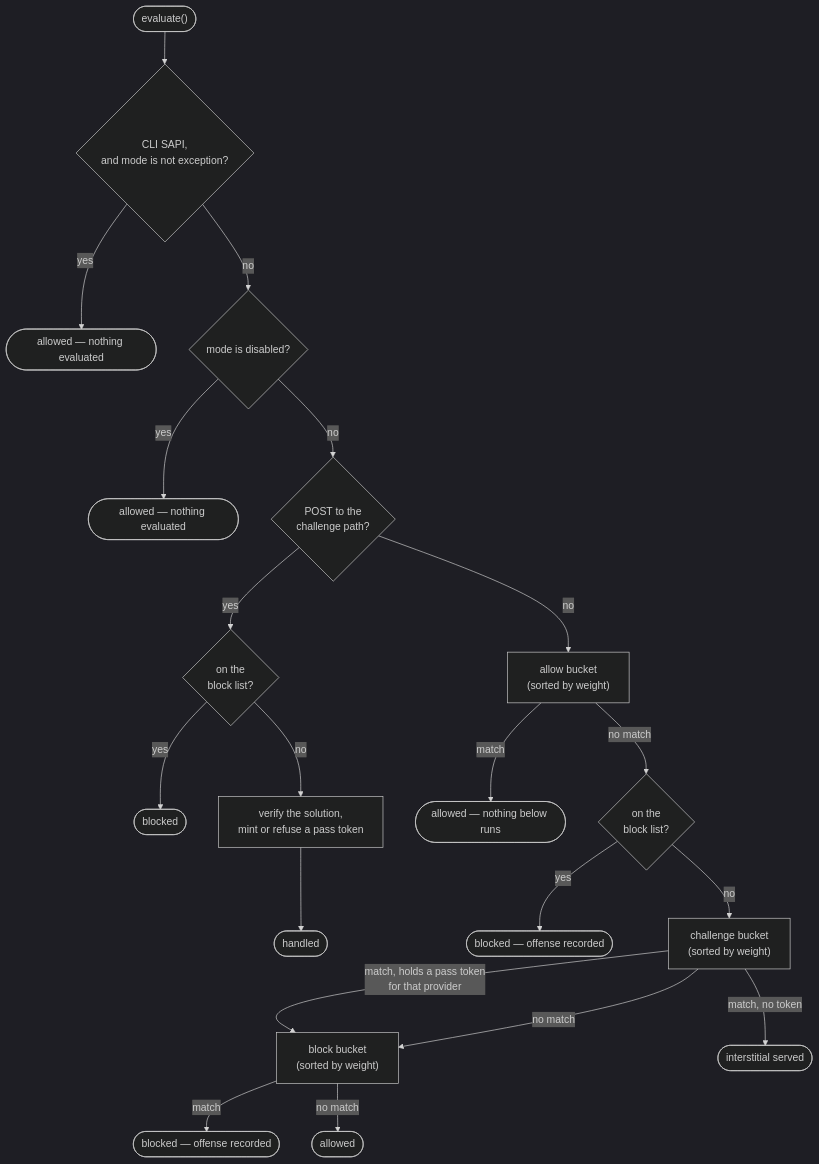
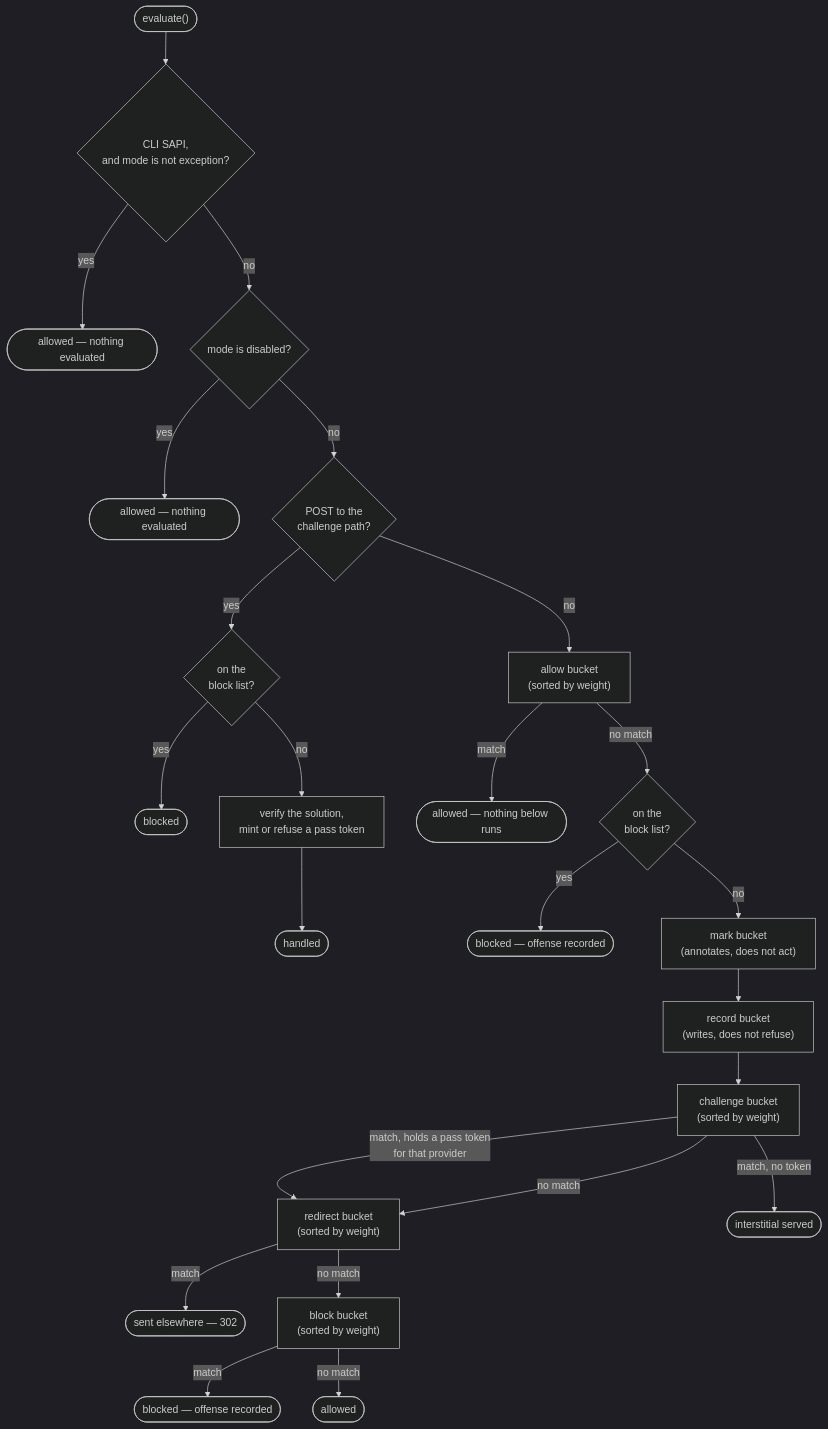
The diagram in docs/reference/evaluation-order.md (kanopi/firewall), drawn with Mermaid (dark theme) before and after one commit. The commit also changed other lines of this file and 33 other files, not shown here.

````diff
--- a/docs/reference/evaluation-order.md
+++ b/docs/reference/evaluation-order.md
@@ -7,27 +7,31 @@
 ```mermaid
 flowchart TD
     START(["evaluate()"]) --> CLI{"CLI SAPI,<br/>and mode is not exception?"}
     CLI -->|yes| ALLOW1(["allowed — nothing evaluated"])
     CLI -->|no| DISABLED{"mode is disabled?"}
     DISABLED -->|yes| ALLOW2(["allowed — nothing evaluated"])
     DISABLED -->|no| SUB{"POST to the<br/>challenge path?"}
 
     SUB -->|yes| SUBLIST{"on the<br/>block list?"}
     SUBLIST -->|yes| BLOCKED1(["blocked"])
     SUBLIST -->|no| SOLVE["verify the solution,<br/>mint or refuse a pass token"]
     SOLVE --> DONE(["handled"])
 
     SUB -->|no| BUCKET1["allow bucket<br/>(sorted by weight)"]
     BUCKET1 -->|match| ALLOW3(["allowed — nothing below runs"])
     BUCKET1 -->|no match| LIST{"on the<br/>block list?"}
 
     LIST -->|yes| BLOCKED2(["blocked — offense recorded"])
-    LIST -->|no| BUCKET2["challenge bucket<br/>(sorted by weight)"]
+    LIST -->|no| MRK["mark bucket<br/>(annotates, does not act)"]
+    MRK --> REC["record bucket<br/>(writes, does not refuse)"]
+    REC --> BUCKET2["challenge bucket<br/>(sorted by weight)"]
 
-    BUCKET2 -->|"match, holds a pass token<br/>for that provider"| BUCKET3
+    BUCKET2 -->|"match, holds a pass token<br/>for that provider"| RDR
     BUCKET2 -->|"match, no token"| CHALLENGE(["interstitial served"])
-    BUCKET2 -->|"no match"| BUCKET3["block bucket<br/>(sorted by weight)"]
+    BUCKET2 -->|"no match"| RDR["redirect bucket<br/>(sorted by weight)"]
+    RDR -->|match| SENT(["sent elsewhere — 302"])
+    RDR -->|no match| BUCKET3["block bucket<br/>(sorted by weight)"]
 
     BUCKET3 -->|match| BLOCKED3(["blocked — offense recorded"])
     BUCKET3 -->|no match| ALLOW4(["allowed"])
 ```
````
